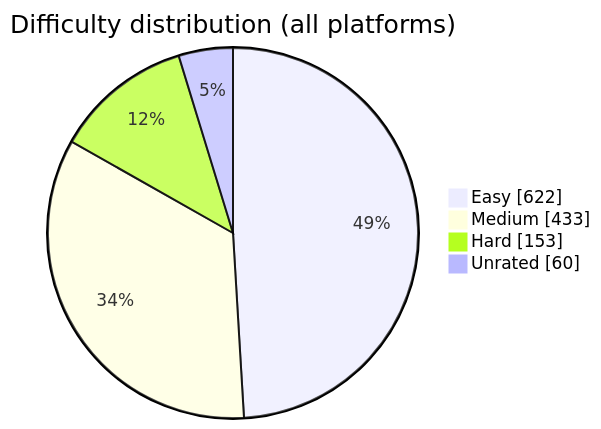
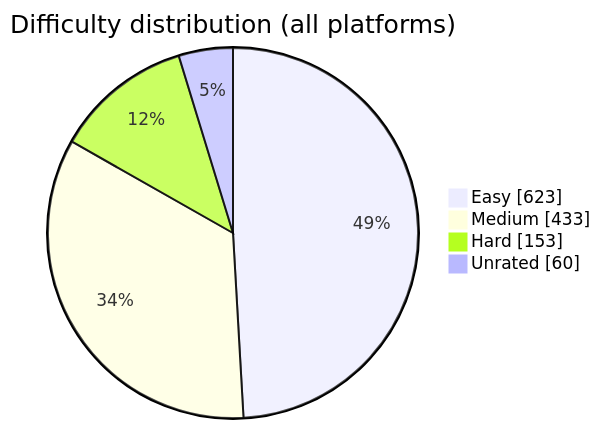
One commit to BuildbyArindam/Daily-Coding-Log changed the diagram in README.md. Above: the diagram before and after it, drawn with Mermaid. The commit also changed other lines of this file, not shown here.

````diff
--- a/README.md
+++ b/README.md
@@ -93,7 +93,7 @@
 ```mermaid
 pie showData title Difficulty distribution (all platforms)
-    "Easy" : 622
+    "Easy" : 623
     "Medium" : 433
     "Hard" : 153
     "Unrated" : 60
 ```
````
